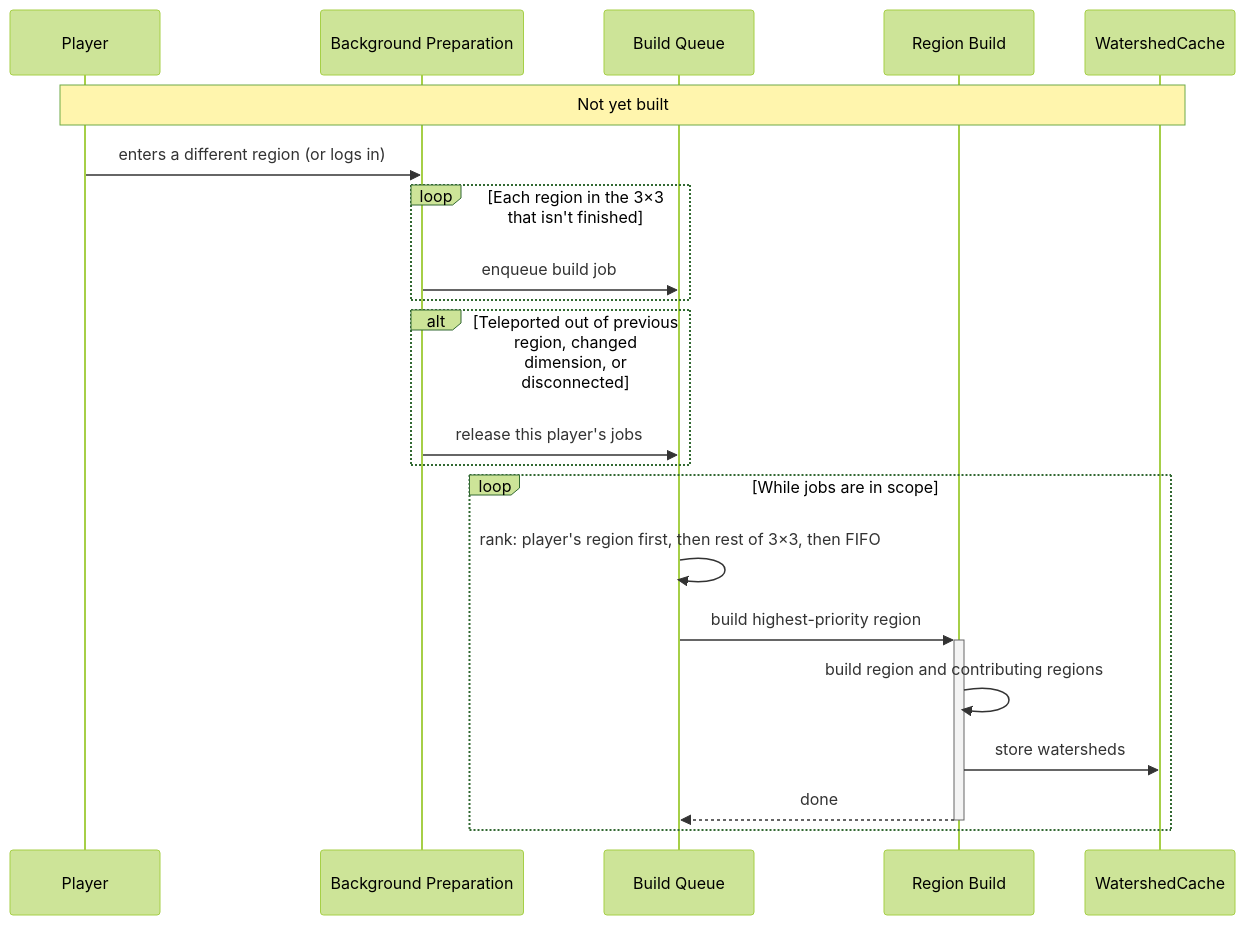
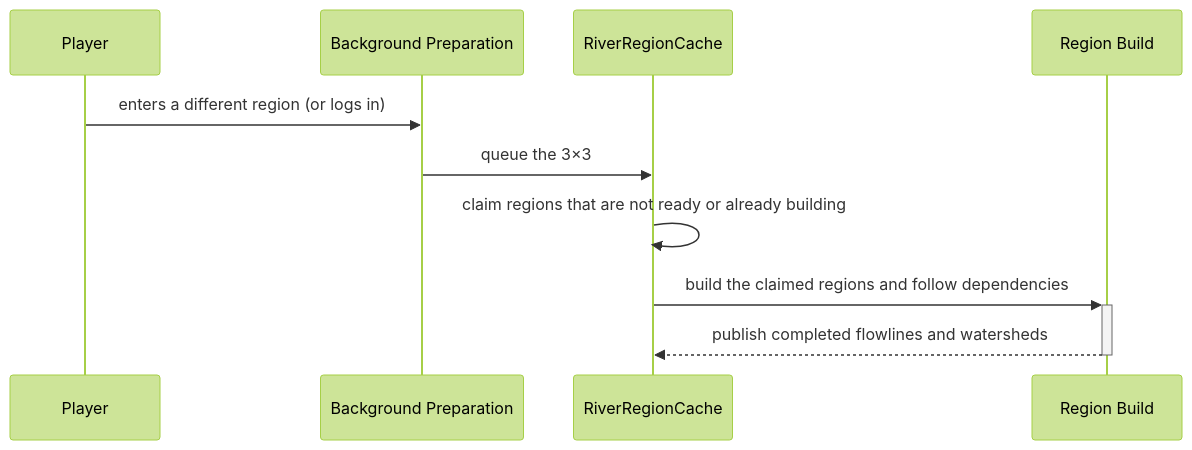
The second of 22 diagrams in docs/features/rivers/Rough Diagrams.md (SoSly/RiverTale), drawn with Mermaid (forest theme) before and after one commit. The commit also changed other lines of this file and 39 other files, not shown here.

````diff
--- a/docs/features/rivers/Rough Diagrams.md
+++ b/docs/features/rivers/Rough Diagrams.md
@@ -66,27 +68,13 @@
 ```mermaid
 sequenceDiagram
     participant Player
     participant BP as Background Preparation
-    participant Queue as Build Queue
+    participant Cache as RiverRegionCache
     participant Build as Region Build
-    participant WatershedCache
-
-    Note over Player,WatershedCache: Not yet built
 
     Player ->> BP: enters a different region (or logs in)
-    loop Each region in the 3×3 that isn't finished
-        BP ->> Queue: enqueue build job
-    end
-
-    alt Teleported out of previous region, changed dimension, or disconnected
-        BP ->> Queue: release this player's jobs
-    end
-
-    loop While jobs are in scope
-        Queue ->> Queue: rank: player's region first, then rest of 3×3, then FIFO
-        Queue ->>+ Build: build highest-priority region
-        Build ->> Build: build region and contributing regions
-        Build ->> WatershedCache: store watersheds
-        Build -->>- Queue: done
-    end
+    BP ->> Cache: queue the 3×3
+    Cache ->> Cache: claim regions that are not ready or already building
+    Cache ->>+ Build: build the claimed regions and follow dependencies
+    Build -->>- Cache: publish completed flowlines and watersheds
 ```
````
